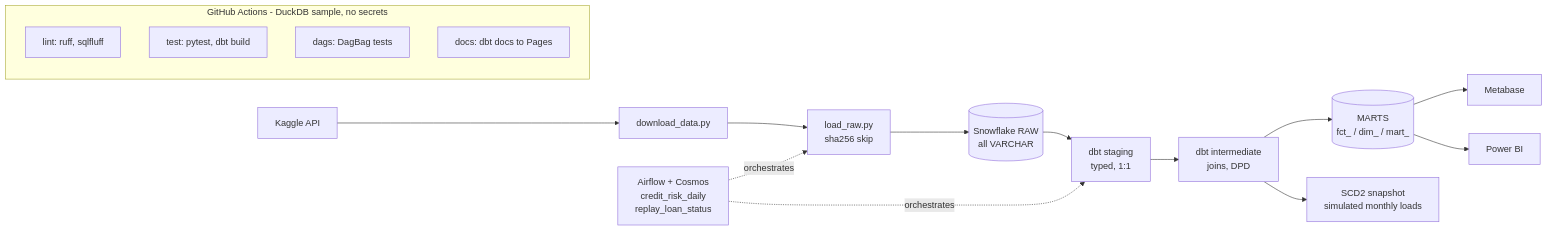
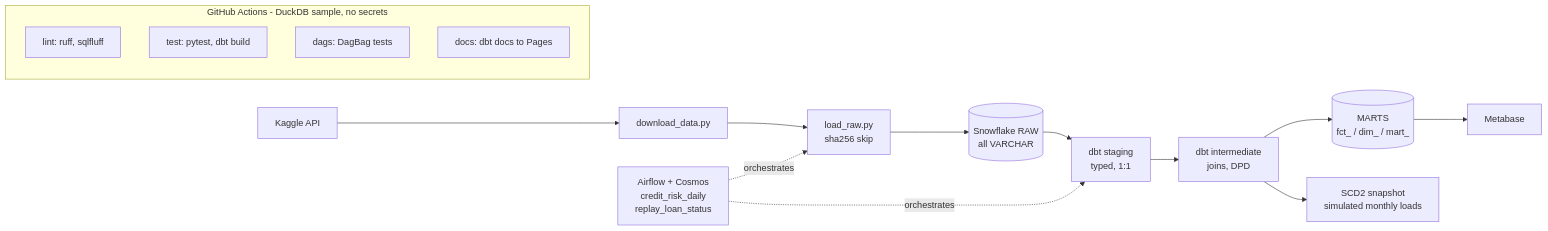
The diagram in README.md (rondymercedes07/credit-risk-pipeline), drawn with Mermaid before and after one commit. The commit also changed other lines of this file and 1 other file, not shown here.

First line of the commit message:
docs: finish the README (embed screenshots, drop Power BI placeholders) and reconcile the 90+ figures

````diff
--- a/README.md
+++ b/README.md
@@ -24,20 +24,19 @@
 ```mermaid
 flowchart LR
     K[Kaggle API] --> DL[download_data.py]
     DL --> LR["load_raw.py<br/>sha256 skip"]
     LR --> RAW[(Snowflake RAW<br/>all VARCHAR)]
     RAW --> STG[dbt staging<br/>typed, 1:1]
     STG --> INT[dbt intermediate<br/>joins, DPD]
     INT --> MARTS[(MARTS<br/>fct_ / dim_ / mart_)]
     INT --> SNAP[SCD2 snapshot<br/>simulated monthly loads]
     MARTS --> MB[Metabase]
-    MARTS --> PBI[Power BI]
     AF["Airflow + Cosmos<br/>credit_risk_daily<br/>replay_loan_status"] -. orchestrates .-> LR
     AF -. orchestrates .-> STG
     subgraph CI [GitHub Actions - DuckDB sample, no secrets]
       L[lint: ruff, sqlfluff]
       T[test: pytest, dbt build]
       D[dags: DagBag tests]
       P[docs: dbt docs to Pages]
     end
 ```
````
